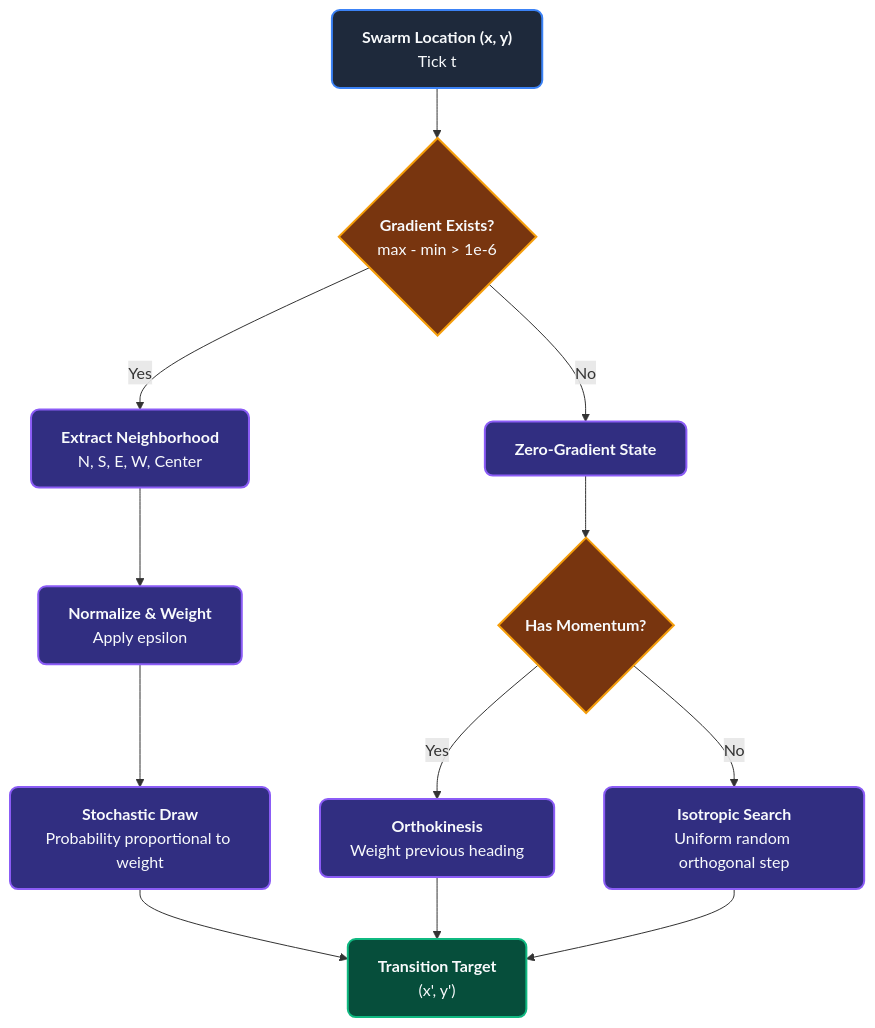
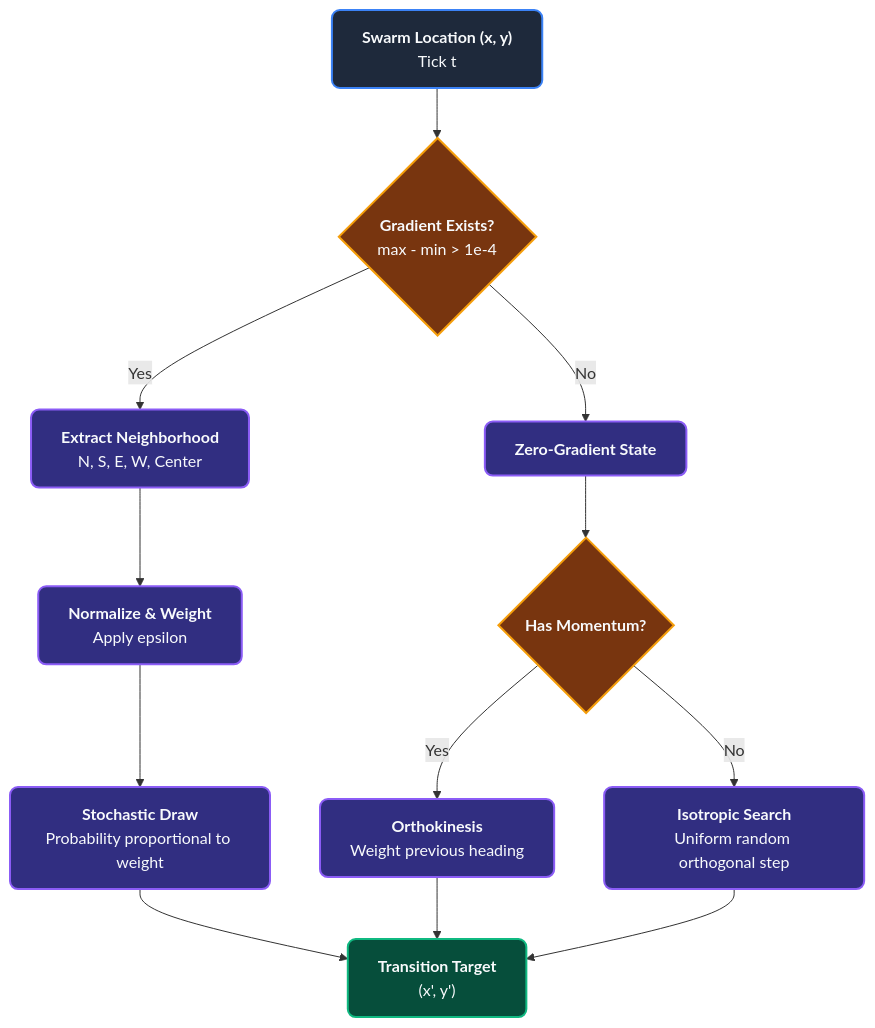
Before and after one commit to foersben/PHIDS: the first of 2 diagrams in docs/scientific_model/part_3_signaling_and_transport/chemotaxis.md, drawn with Mermaid. The commit also changed other lines of this file and 2 other files, not shown here.

````diff
--- a/docs/scientific_model/part_3_signaling_and_transport/chemotaxis.md
+++ b/docs/scientific_model/part_3_signaling_and_transport/chemotaxis.md
@@ -57,24 +57,24 @@
 ```mermaid
 flowchart TD
     %% Base Styling & Theme Definitions
     classDef base fill:#1E293B, stroke:#3B82F6, stroke-width:2px, color:#F8FAFC, rx:8px, ry:8px
     classDef process fill:#312E81, stroke:#8B5CF6, stroke-width:2px, color:#F8FAFC, rx:8px, ry:8px
     classDef decision fill:#78350F, stroke:#F59E0B, stroke-width:2px, color:#F8FAFC, rx:8px, ry:8px
     classDef result fill:#064E3B, stroke:#10B981, stroke-width:2px, color:#F8FAFC, rx:8px, ry:8px
 
     A["<b>Swarm Location (x, y)</b><br/>Tick t"]:::base --> B
 
-    B{"<b>Gradient Exists?</b><br/>max - min > 1e-6"}:::decision
+    B{"<b>Gradient Exists?</b><br/>max - min > 1e-4"}:::decision
 
     B -- Yes --> C["<b>Extract Neighborhood</b><br/>N, S, E, W, Center"]:::process
     C --> D["<b>Normalize & Weight</b><br/>Apply epsilon"]:::process
     D --> E["<b>Stochastic Draw</b><br/>Probability proportional to weight"]:::process
     E --> F["<b>Transition Target</b><br/>(x', y')"]:::result
 
     B -- No --> G["<b>Zero-Gradient State</b>"]:::process
     G --> H{"<b>Has Momentum?</b>"}:::decision
     H -- Yes --> I["<b>Orthokinesis</b><br/>Weight previous heading"]:::process
     H -- No --> J["<b>Isotropic Search</b><br/>Uniform random orthogonal step"]:::process
     I --> F
     J --> F
 ```
````
